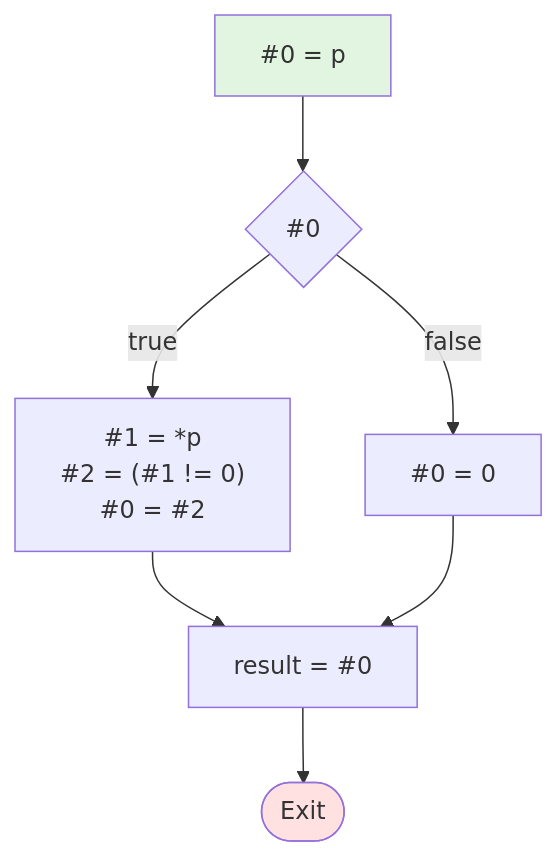
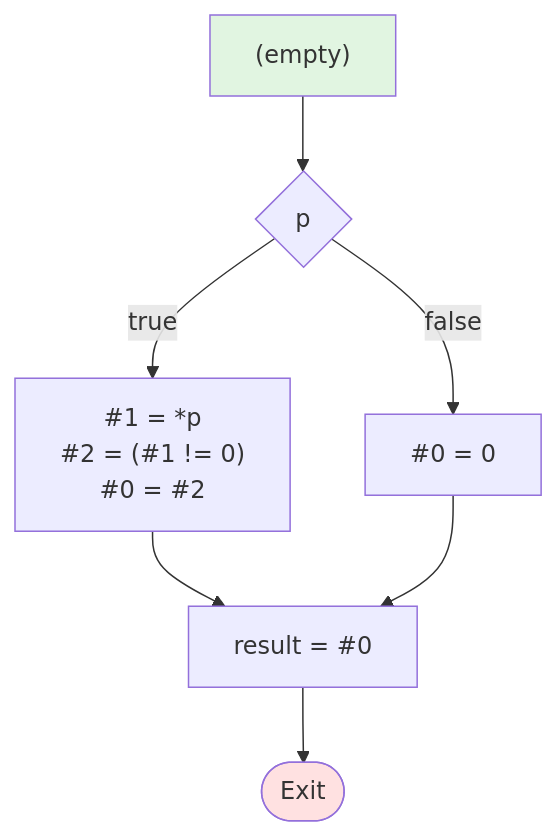
Before and after one commit to cny123222/Control-Flow-Graph-Generation-for-WhileD-Language: the diagram in mermaid_outputs/test3_shortcircuit_and.md, drawn with Mermaid. The commit also changed other lines of this file and 2 other files, not shown here.

````diff
--- a/mermaid_outputs/test3_shortcircuit_and.md
+++ b/mermaid_outputs/test3_shortcircuit_and.md
@@ -7,18 +7,18 @@
 ```mermaid
 flowchart TD
-    B0["#0 = p"]
-    C0{#0}
+    B0["(empty)"]
+    C0{p}
     B1["#1 = *p<br/>#2 = (#1 != 0)<br/>#0 = #2"]
     B2["#0 = 0"]
     B3["result = #0"]
 
     B0 --> C0
     C0 -->|false| B2
     C0 -->|true| B1
     B1 --> B3
     B2 --> B3
     B3 --> Exit([Exit])
 
     style B0 fill:#e1f5e1
     style Exit fill:#ffe1e1
 ```
````
